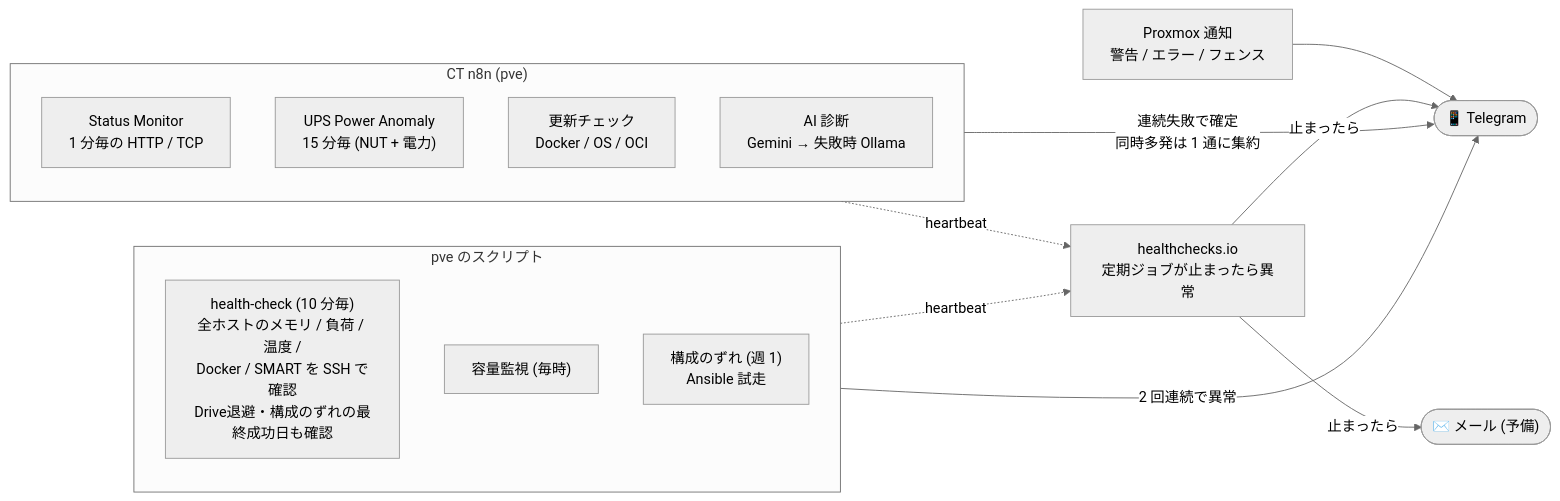
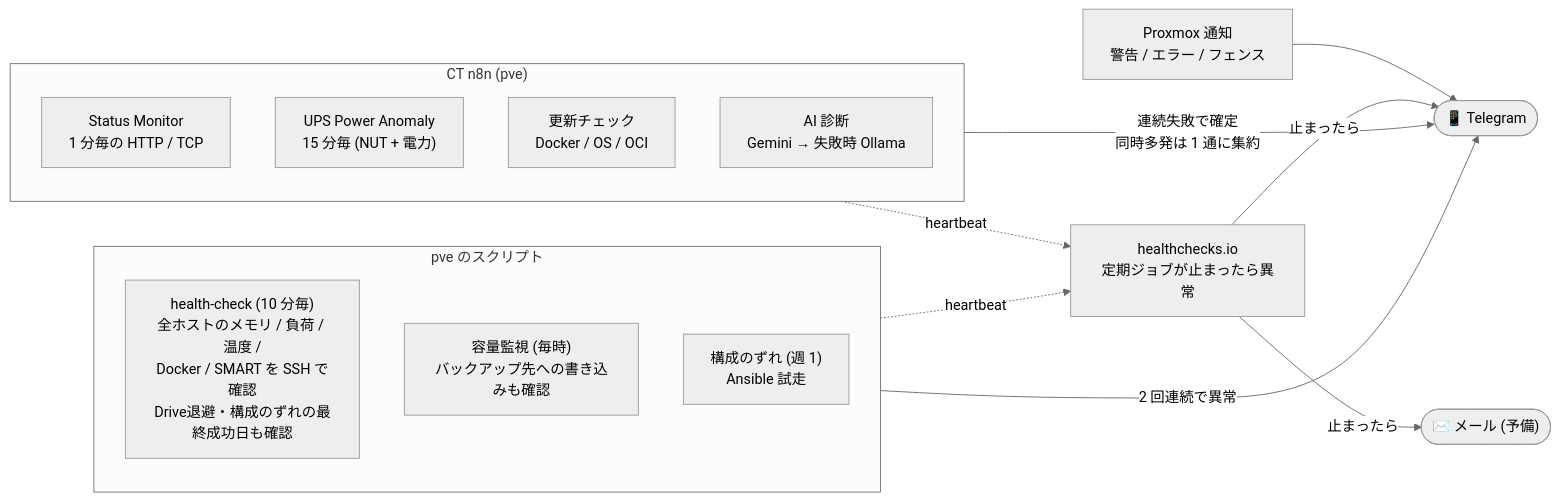
One commit to Leucophyllous/homelab changed the fourth of 4 diagrams in README.md. Above: the diagram before and after it, drawn with Mermaid (neutral theme). The commit also changed other lines of this file, not shown here.

````diff
--- a/README.md
+++ b/README.md
@@ -139,28 +143,28 @@
 ```mermaid
 flowchart LR
   subgraph n8nbox["CT n8n (pve)"]
     direction TB
     sm["Status Monitor<br>1 分毎の HTTP / TCP"]
     ups["UPS Power Anomaly<br>15 分毎 (NUT + 電力)"]
     upd["更新チェック<br>Docker / OS / OCI"]
     ai["AI 診断<br>Gemini → 失敗時 Ollama"]
   end
   subgraph pvebox["pve のスクリプト"]
     direction TB
     hcx["health-check (10 分毎)<br>全ホストのメモリ / 負荷 / 温度 /<br>Docker / SMART を SSH で確認<br>Drive退避・構成のずれの最終成功日も確認"]
-    cap["容量監視 (毎時)"]
+    cap["容量監視 (毎時)<br>バックアップ先への書き込みも確認"]
     drift["構成のずれ (週 1)<br>Ansible 試走"]
   end
   pvn["Proxmox 通知<br>警告 / エラー / フェンス"]
   tg(["📱 Telegram"])
   hc["healthchecks.io<br>定期ジョブが止まったら異常"]
   mail(["✉️ メール (予備)"])
 
   n8nbox -->|"連続失敗で確定<br>同時多発は 1 通に集約"| tg
   pvebox -->|"2 回連続で異常"| tg
   pvn --> tg
   n8nbox -.->|heartbeat| hc
   pvebox -.->|heartbeat| hc
   hc -->|止まったら| tg
   hc -->|止まったら| mail
 ```
````
